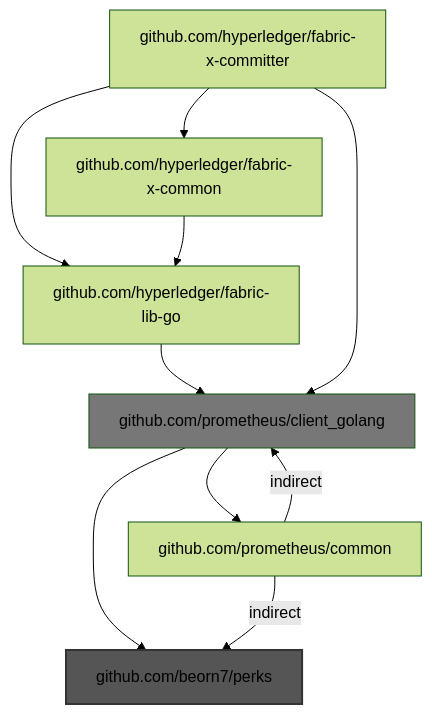
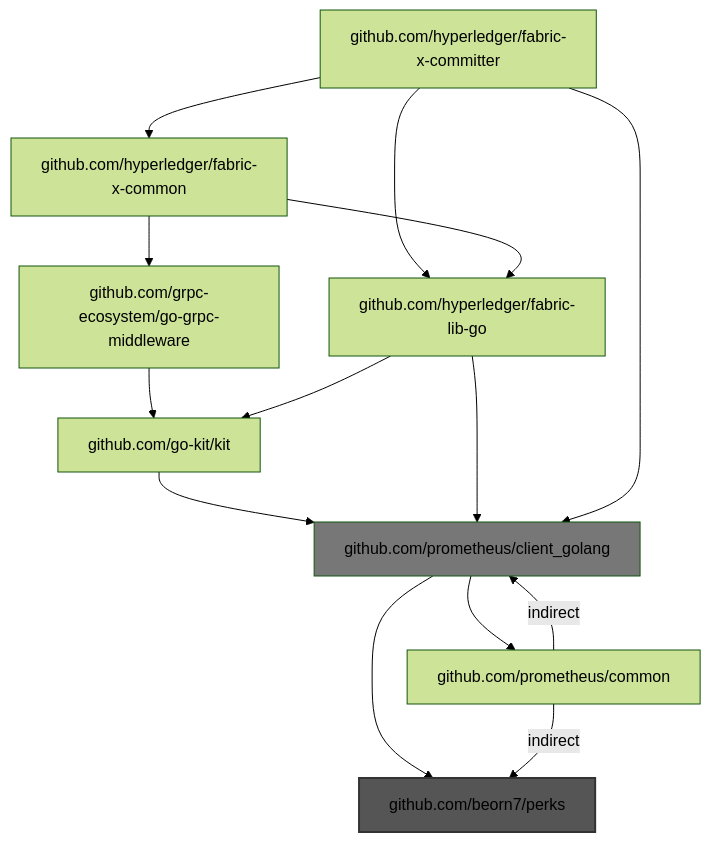
Before and after one commit to liran-funaro/fabric-x-committer: the second of 18 diagrams in bad-imports-analysis.md, drawn with Mermaid (forest theme). The commit also changed other lines of this file and 2 other files, not shown here.

````diff
--- a/bad-imports-analysis.md
+++ b/bad-imports-analysis.md
@@ -25,14 +48,18 @@
 ```mermaid
 graph TD
+    github.com/go-kit/kit --> github.com/prometheus/client_golang
+    github.com/grpc-ecosystem/go-grpc-middleware --> github.com/go-kit/kit
+    github.com/hyperledger/fabric-lib-go --> github.com/go-kit/kit
     github.com/hyperledger/fabric-lib-go --> github.com/prometheus/client_golang
     github.com/hyperledger/fabric-x-committer --> github.com/hyperledger/fabric-lib-go
     github.com/hyperledger/fabric-x-committer --> github.com/hyperledger/fabric-x-common
     github.com/hyperledger/fabric-x-committer --> github.com/prometheus/client_golang
+    github.com/hyperledger/fabric-x-common --> github.com/grpc-ecosystem/go-grpc-middleware
     github.com/hyperledger/fabric-x-common --> github.com/hyperledger/fabric-lib-go
     github.com/prometheus/client_golang --> github.com/beorn7/perks
     github.com/prometheus/client_golang --> github.com/prometheus/common
     github.com/prometheus/common -->|indirect| github.com/beorn7/perks
     github.com/prometheus/common -->|indirect| github.com/prometheus/client_golang
     style github.com/beorn7/perks fill:#555,stroke:#333,stroke-width:2px
     style github.com/prometheus/client_golang fill:#777
 ```
````
